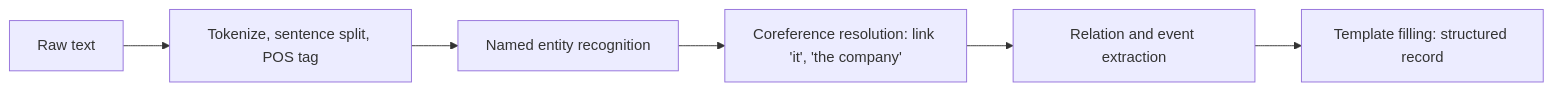
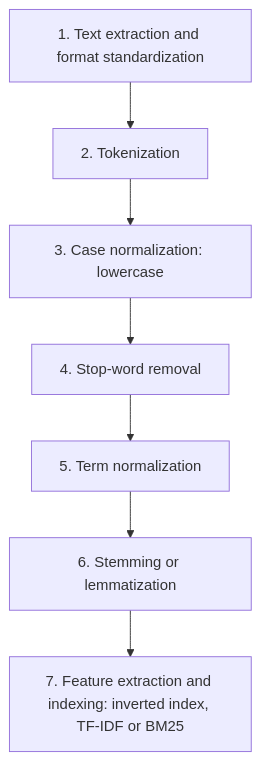
One commit to TrendySloth1001/sem-seven-notes changed the fourth of 9 diagrams in content/natural-language-processing/notes/nlp-applications.mdx. Above: the diagram before and after it, drawn with Mermaid. The commit also changed other lines of this file and 406 other files, not shown here.

````diff
--- a/content/natural-language-processing/notes/nlp-applications.mdx
+++ b/content/natural-language-processing/notes/nlp-applications.mdx
@@ -582,9 +167,10 @@
 ```mermaid
-%% caption: A typical IE pipeline. Each stage adds structure, and the last stage fills a table that can be searched like a database.
-flowchart LR
-  A["Raw text"] --> B["Tokenize, sentence split, POS tag"]
-  B --> C["Named entity recognition"]
-  C --> D["Coreference resolution: link 'it', 'the company'"]
-  D --> E["Relation and event extraction"]
-  E --> F["Template filling: structured record"]
+%% caption: Text processing for information retrieval, from a raw file to a ranked index.
+flowchart TD
+  A["1. Text extraction and format standardization"] --> B["2. Tokenization"]
+  B --> C["3. Case normalization: lowercase"]
+  C --> D["4. Stop-word removal"]
+  D --> E["5. Term normalization"]
+  E --> F["6. Stemming or lemmatization"]
+  F --> G["7. Feature extraction and indexing: inverted index, TF-IDF or BM25"]
 ```
````
